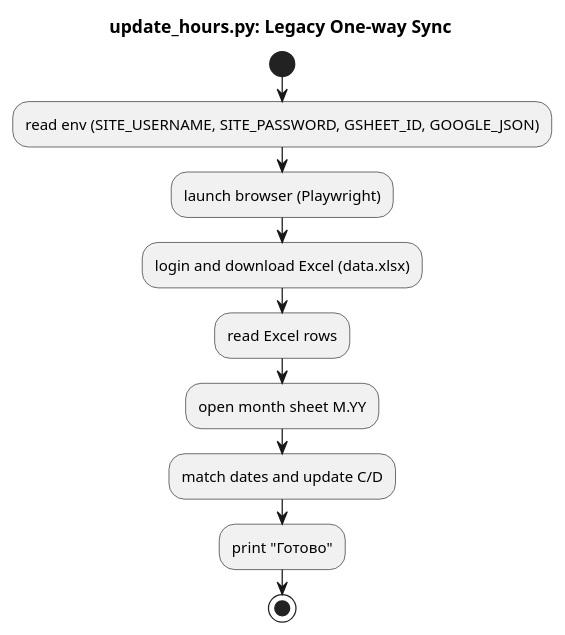
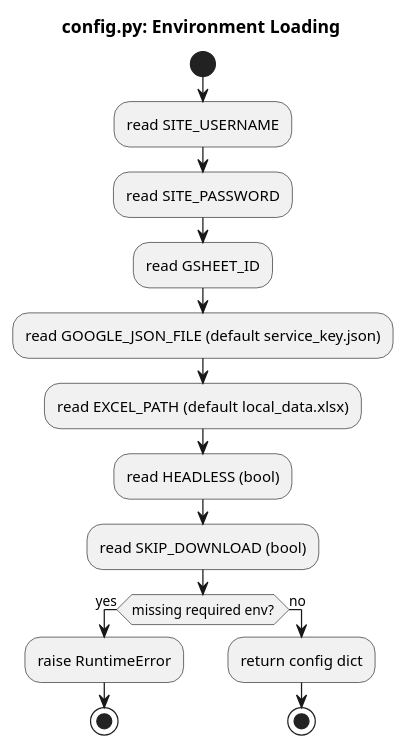
The fourth of 8 diagrams in work-hours-automation.puml (MrCode1970/work-hours-automation), drawn with PlantUML before and after one commit. The commit also changed other lines of this file and 3 other files, not shown here.

Commit message:
Ручной режим портала и обновление диаграммы

```diff
--- a/work-hours-automation.puml
+++ b/work-hours-automation.puml
@@ -95,13 +100,19 @@
 @startuml
-title update_hours.py: Legacy One-way Sync
+title config.py: Environment Loading
 
 start
-:read env (SITE_USERNAME, SITE_PASSWORD, GSHEET_ID, GOOGLE_JSON);
-:launch browser (Playwright);
-:login and download Excel (data.xlsx);
-:read Excel rows;
-:open month sheet M.YY;
-:match dates and update C/D;
-:print "Готово";
-stop
+:read SITE_USERNAME;
+:read SITE_PASSWORD;
+:read GSHEET_ID;
+:read GOOGLE_JSON_FILE (default service_key.json);
+:read EXCEL_PATH (default local_data.xlsx);
+:read HEADLESS (bool);
+:read SKIP_DOWNLOAD (bool);
+if (missing required env?) then (yes)
+  :raise RuntimeError;
+  stop
+else (no)
+  :return config dict;
+  stop
+endif
 @enduml
```
